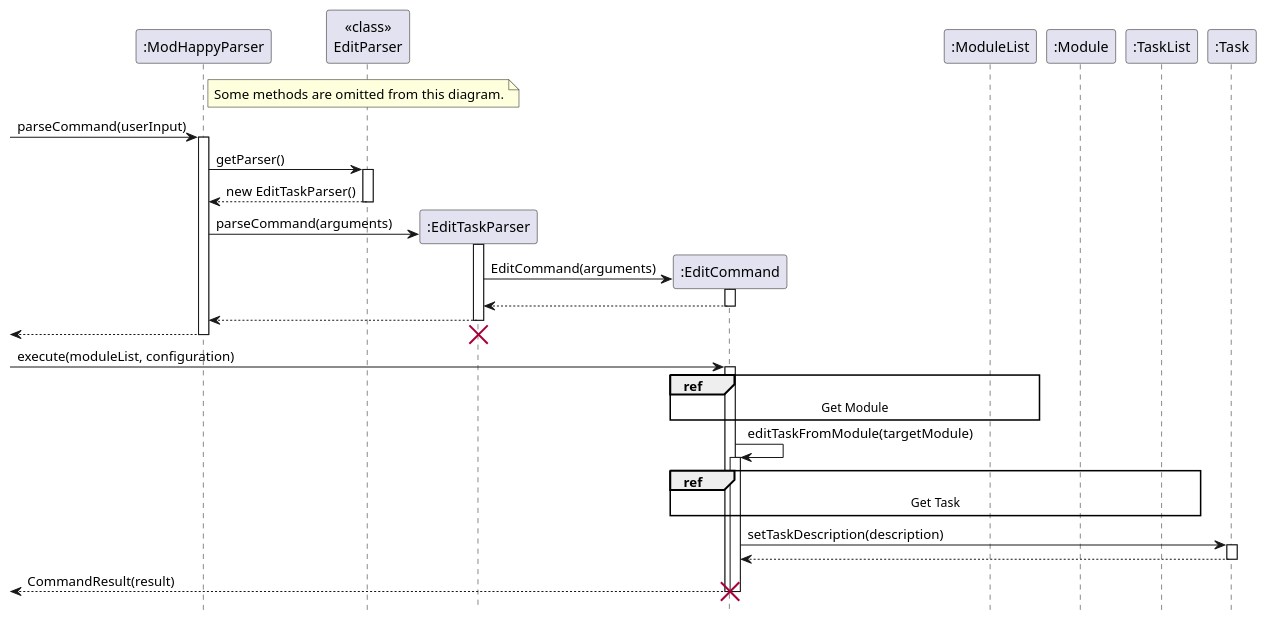
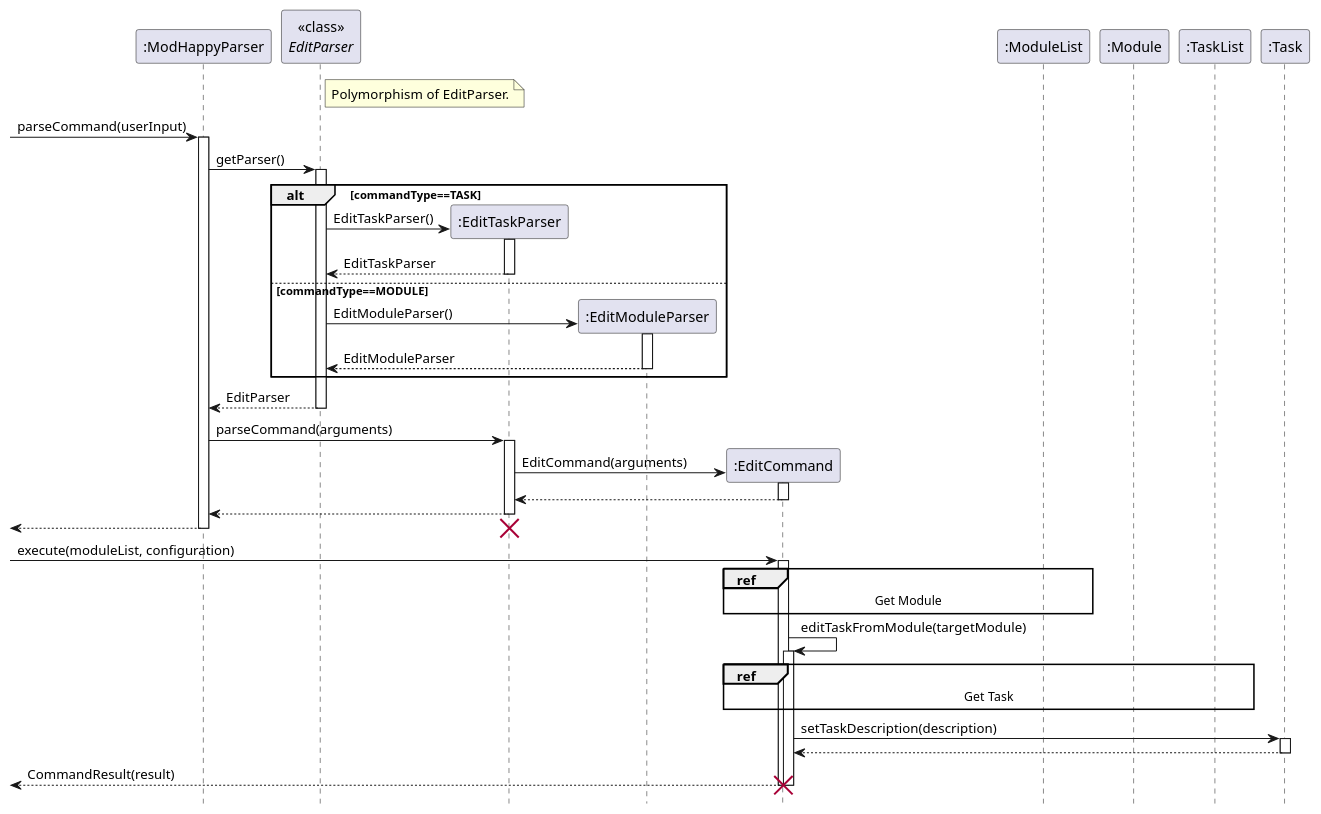
Before and after one commit to nus-cs2113-AY2122S2/tp: the diagram in docs/SequenceDiagrams/EditSeqDiagrams/Edit.puml, drawn with PlantUML. The commit also changed 3 other files, not shown here.

```diff
--- a/docs/SequenceDiagrams/EditSeqDiagrams/Edit.puml
+++ b/docs/SequenceDiagrams/EditSeqDiagrams/Edit.puml
@@ -1,53 +1,64 @@
 @startuml
 'https://plantuml.com/sequence-diagram
 
 skinparam shadowing false
 participant ":ModHappyParser" as ModHappyParser
-participant "<<class>>\nEditParser" as EditParser
+participant "<<class>>\n//EditParser//" as EditParser
 participant ":EditTaskParser" as EditTaskParser
+participant ":EditModuleParser" as EditModuleParser
 participant ":EditCommand" as EditCommand
 participant ":ModuleList" as ModuleList
 participant ":Module" as Module
 participant ":TaskList" as TaskList
 participant ":Task" as Task
 hide footbox
 
-note right of ModHappyParser
-Some methods are omitted from this diagram.
+note right of EditParser
+Polymorphism of EditParser.
 end note
 
 [->ModHappyParser:parseCommand(userInput)
 activate ModHappyParser
 
 ModHappyParser -> EditParser: getParser()
 activate EditParser
-return new EditTaskParser()
+alt commandType==TASK
 create EditTaskParser
+EditParser->EditTaskParser: EditTaskParser()
+activate EditTaskParser
+return EditTaskParser
+else commandType==MODULE
+create EditModuleParser
+EditParser->EditModuleParser: EditModuleParser()
+activate EditModuleParser
+return EditModuleParser
+end
+return EditParser
 ModHappyParser -> EditTaskParser: parseCommand(arguments)
 activate EditTaskParser
 create EditCommand
 EditTaskParser -> EditCommand: EditCommand(arguments)
 activate EditCommand
 return
 return
 return
 
 destroy EditTaskParser
 
 [->EditCommand:execute(moduleList, configuration)
 activate EditCommand
 ref over EditCommand, ModuleList: Get Module
 EditCommand -> EditCommand: editTaskFromModule(targetModule)
 activate EditCommand
 ref over EditCommand, TaskList: Get Task
 EditCommand -> Task: setTaskDescription(description)
 activate Task
 return
 deactivate Task
 return CommandResult(result)
 deactivate EditCommand
 
 destroy EditCommand
 
 
 @enduml
```
